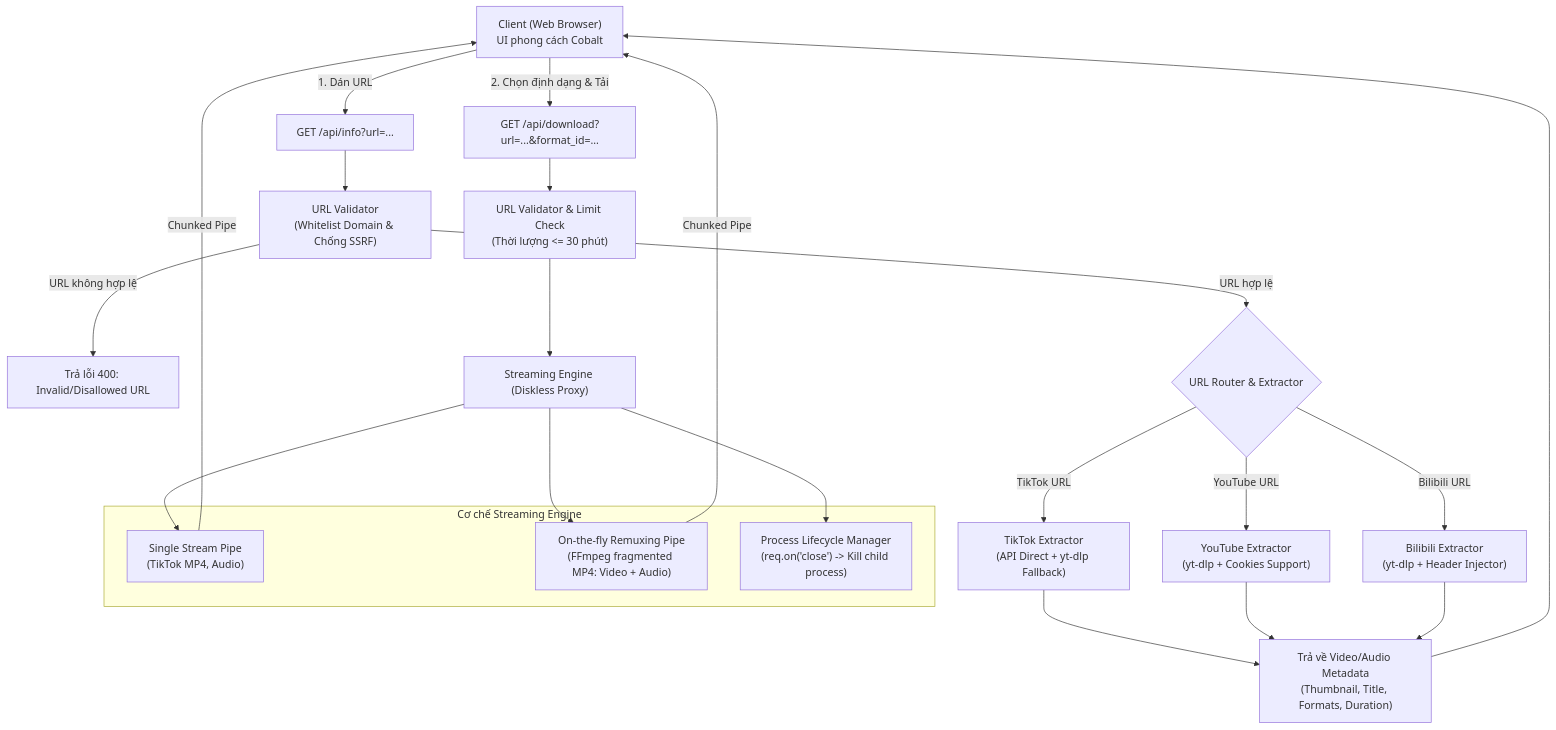
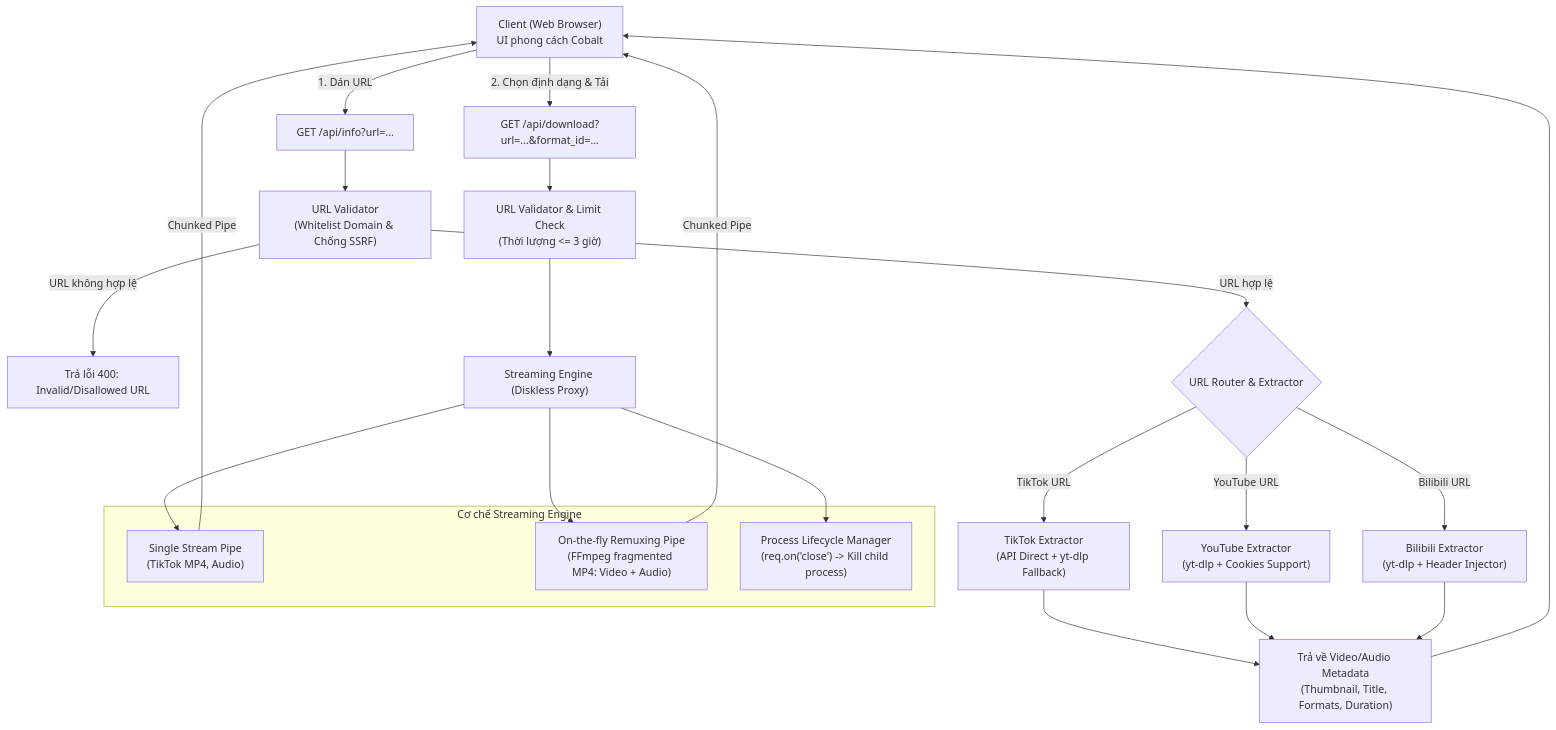
The diagram in plans/plan.md (vlahanam/tool-download-video), drawn with Mermaid before and after one commit. The commit also changed other lines of this file and 8 other files, not shown here.

````diff
--- a/plans/plan.md
+++ b/plans/plan.md
@@ -19,35 +19,35 @@
 ```mermaid
 flowchart TD
     Client["Client (Web Browser)\nUI phong cách Cobalt"] -->|1. Dán URL| API_Info["GET /api/info?url=..."]
     
     API_Info --> Security["URL Validator\n(Whitelist Domain & Chống SSRF)"]
     Security -->|URL không hợp lệ| Err_SSRF["Trả lỗi 400: Invalid/Disallowed URL"]
     
     Security -->|URL hợp lệ| Extractor{"URL Router & Extractor"}
     
     Extractor -->|TikTok URL| Ext_TikTok["TikTok Extractor\n(API Direct + yt-dlp Fallback)"]
     Extractor -->|YouTube URL| Ext_YT["YouTube Extractor\n(yt-dlp + Cookies Support)"]
     Extractor -->|Bilibili URL| Ext_Bili["Bilibili Extractor\n(yt-dlp + Header Injector)"]
     
     Ext_TikTok --> Metadata["Trả về Video/Audio Metadata\n(Thumbnail, Title, Formats, Duration)"]
     Ext_YT --> Metadata
     Ext_Bili --> Metadata
     Metadata --> Client
     
     Client -->|2. Chọn định dạng & Tải| API_Download["GET /api/download?url=...&format_id=..."]
-    API_Download --> Security2["URL Validator & Limit Check\n(Thời lượng <= 30 phút)"]
+    API_Download --> Security2["URL Validator & Limit Check\n(Thời lượng <= 3 giờ)"]
     Security2 --> StreamEngine["Streaming Engine (Diskless Proxy)"]
     
     subgraph StreamEngineDetails["Cơ chế Streaming Engine"]
         DirectStream["Single Stream Pipe\n(TikTok MP4, Audio)"]
         FFmpegStream["On-the-fly Remuxing Pipe\n(FFmpeg fragmented MP4: Video + Audio)"]
         Lifecycle["Process Lifecycle Manager\n(req.on('close') -> Kill child process)"]
     end
     
     StreamEngine --> DirectStream
     StreamEngine --> FFmpegStream
     StreamEngine --> Lifecycle
     
     DirectStream -->|Chunked Pipe| Client
     FFmpegStream -->|Chunked Pipe| Client
 ```
````
